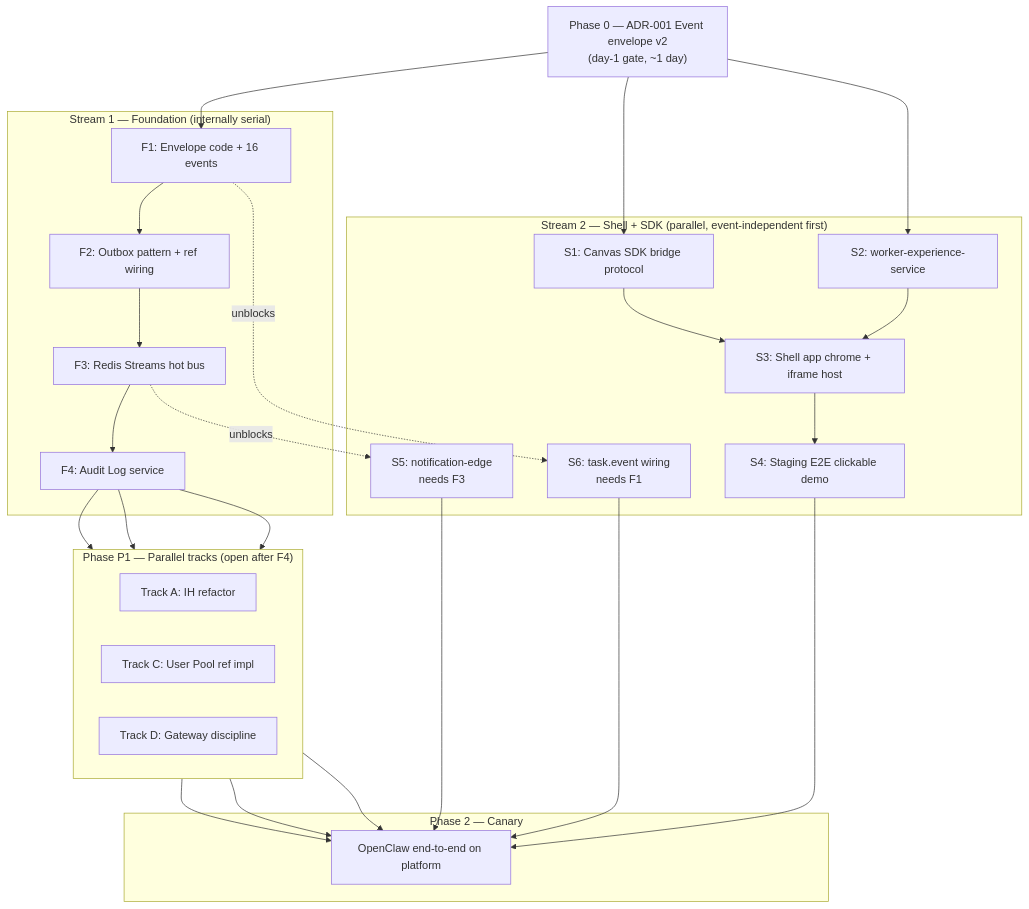
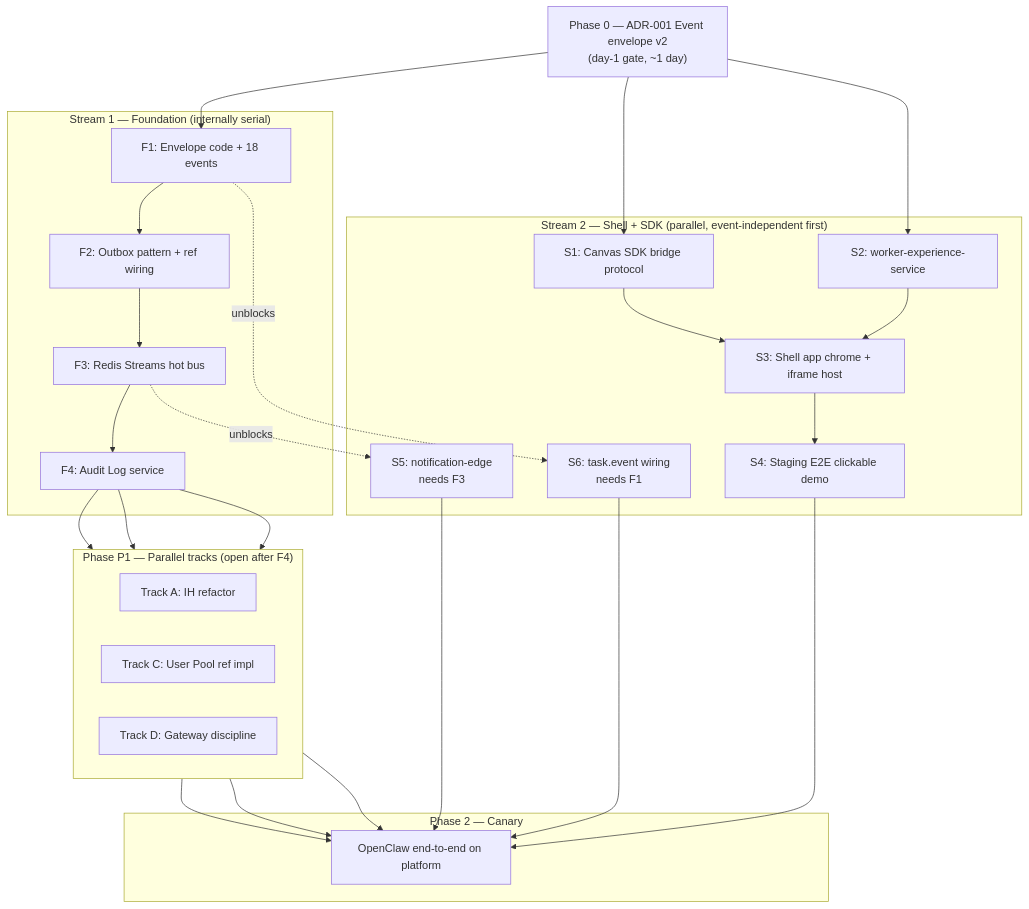
The diagram in AGIOS_PLATFORM/KICKOFF.md (ashutosh-turing/turing-platform-design-doc), drawn with Mermaid before and after one commit. The commit also changed other lines of this file and 6 other files, not shown here.

````diff
--- a/AGIOS_PLATFORM/KICKOFF.md
+++ b/AGIOS_PLATFORM/KICKOFF.md
@@ -30,53 +30,53 @@
 ```mermaid
 flowchart TD
     ADR["Phase 0 — ADR-001 Event envelope v2<br/>(day-1 gate, ~1 day)"]
 
     subgraph S1["Stream 1 — Foundation (internally serial)"]
-        F1[F1: Envelope code + 16 events]
+        F1[F1: Envelope code + 18 events]
         F2[F2: Outbox pattern + ref wiring]
         F3[F3: Redis Streams hot bus]
         F4[F4: Audit Log service]
         F1 --> F2 --> F3 --> F4
     end
 
     subgraph S2["Stream 2 — Shell + SDK (parallel, event-independent first)"]
         SDK[S1: Canvas SDK bridge protocol]
         WES[S2: worker-experience-service]
         APP[S3: Shell app chrome + iframe host]
         E2E[S4: Staging E2E clickable demo]
         NE[S5: notification-edge<br/>needs F3]
         TE[S6: task.event wiring<br/>needs F1]
         SDK --> APP
         WES --> APP
         APP --> E2E
     end
 
     ADR --> F1
     ADR --> SDK
     ADR --> WES
 
     F1 -.unblocks.-> TE
     F3 -.unblocks.-> NE
 
     subgraph P["Phase P1 — Parallel tracks (open after F4)"]
         direction LR
         A[Track A: IH refactor]
         C[Track C: User Pool ref impl]
         D[Track D: Gateway discipline]
     end
 
     F4 --> A
     F4 --> C
     F4 --> D
 
     subgraph C2["Phase 2 — Canary"]
         OC[OpenClaw end-to-end on platform]
     end
 
     A --> OC
     C --> OC
     D --> OC
     E2E --> OC
     NE --> OC
     TE --> OC
 ```
````
